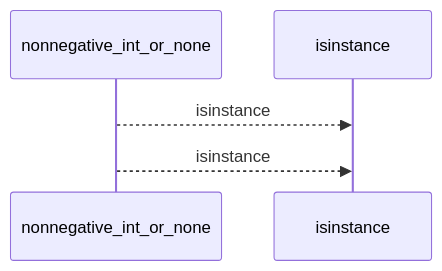
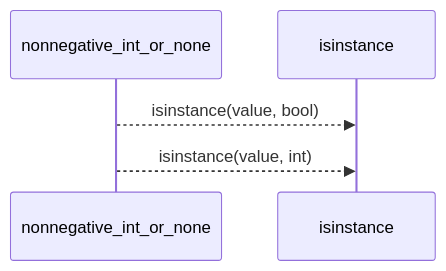
The first of 2 diagrams in docs/llm_wiki/flows/api-nonnegative_int_or_none.md (Denissvgn/python-wiki-llm), drawn with Mermaid before and after one commit. The commit also changed other lines of this file and 1410 other files, not shown here.

````diff
--- a/docs/llm_wiki/flows/api-nonnegative_int_or_none.md
+++ b/docs/llm_wiki/flows/api-nonnegative_int_or_none.md
@@ -10,7 +12,7 @@
 ```mermaid
 sequenceDiagram
     participant p0 as nonnegative_int_or_none
     participant p1 as isinstance
-    p0-->>p1: isinstance
-    p0-->>p1: isinstance
+    p0-->>p1: isinstance(value, bool)
+    p0-->>p1: isinstance(value, int)
 ```
````
